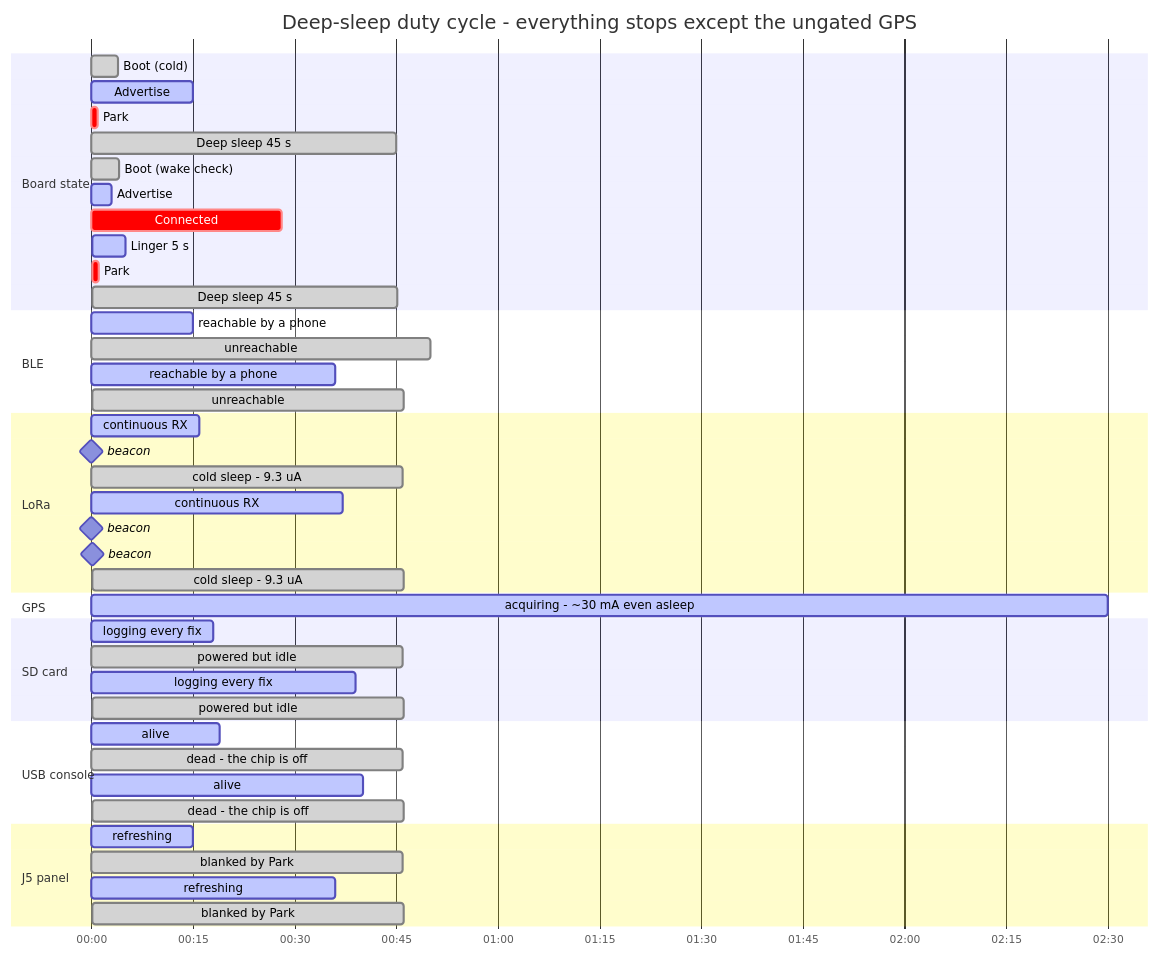
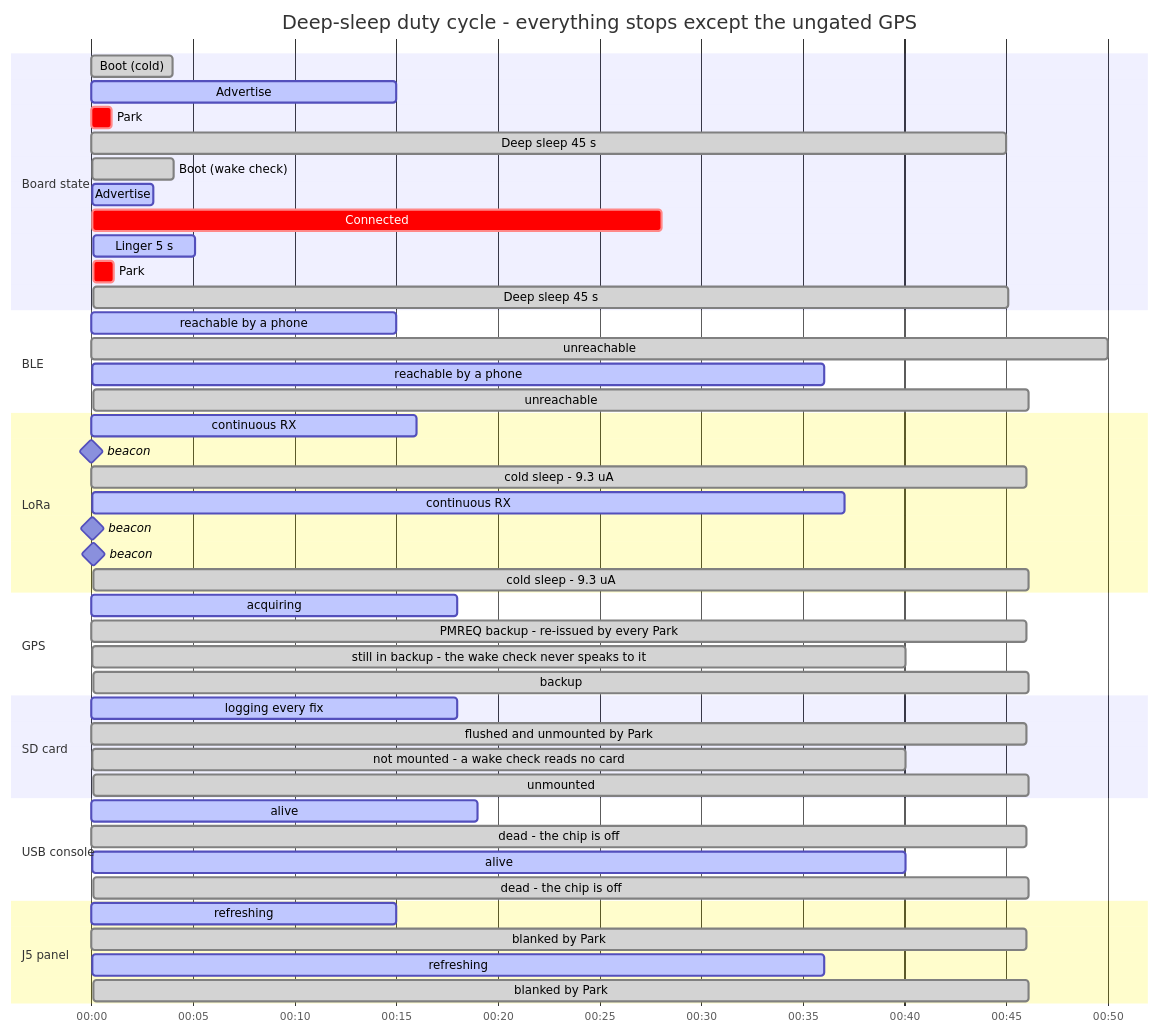
The eighth of 9 diagrams in ARCHITECTURE.md (Telemety-In-Midair/telemetry-in-midair-rs), drawn with Mermaid before and after one commit. The commit also changed other lines of this file and 5 other files, not shown here.

````diff
--- a/ARCHITECTURE.md
+++ b/ARCHITECTURE.md
@@ -529,54 +567,57 @@
 ```mermaid
 gantt
     title Deep-sleep duty cycle - everything stops except the ungated GPS
     dateFormat X
     axisFormat %M:%S
 
     section Board state
     Boot (cold)             :done,   t1, 0, 4s
     Advertise               :active, t2, 4, 15s
     Park                    :crit,   t3, 19, 1s
     Deep sleep 45 s         :done,   t4, 20, 45s
     Boot (wake check)       :done,   t5, 65, 4s
     Advertise               :active, t6, 69, 3s
     Connected               :crit,   t7, 72, 28s
     Linger 5 s              :active, t8, 100, 5s
     Park                    :crit,   t9, 105, 1s
     Deep sleep 45 s         :done,   t10, 106, 45s
 
     section BLE
     reachable by a phone    :active, c1, 4, 15s
     unreachable             :done,   c2, 19, 50s
     reachable by a phone    :active, c3, 69, 36s
     unreachable             :done,   c4, 105, 46s
 
     section LoRa
     continuous RX           :active, q1, 3, 16s
     beacon                  :milestone, q2, 5, 0s
     cold sleep - 9.3 uA     :done,  q3, 19, 46s
     continuous RX           :active, q4, 68, 37s
     beacon                  :milestone, q5, 70, 0s
     beacon                  :milestone, q6, 90, 0s
     cold sleep - 9.3 uA     :done,  q7, 105, 46s
 
     section GPS
-    acquiring - ~30 mA even asleep :active, p1, 1, 150s
+    acquiring     :active, p1, 1, 18s
+    PMREQ backup - re-issued by every Park :done, p2, 19, 46s
+    still in backup - the wake check never speaks to it :done, p3, 65, 40s
+    backup        :done, p4, 105, 46s
 
     section SD card
     logging every fix       :active, e1, 1, 18s
-    powered but idle        :done,   e2, 19, 46s
-    logging every fix       :active, e3, 66, 39s
-    powered but idle        :done,   e4, 105, 46s
+    flushed and unmounted by Park :done, e2, 19, 46s
+    not mounted - a wake check reads no card :done, e3, 65, 40s
+    unmounted               :done,   e4, 105, 46s
 
     section USB console
     alive                   :active, v1, 0, 19s
     dead - the chip is off  :done,   v2, 19, 46s
     alive                   :active, v3, 65, 40s
     dead - the chip is off  :done,   v4, 105, 46s
 
     section J5 panel
     refreshing              :active, n1, 4, 15s
     blanked by Park         :done,   n2, 19, 46s
     refreshing              :active, n3, 69, 36s
     blanked by Park         :done,   n4, 105, 46s
 ```
````
